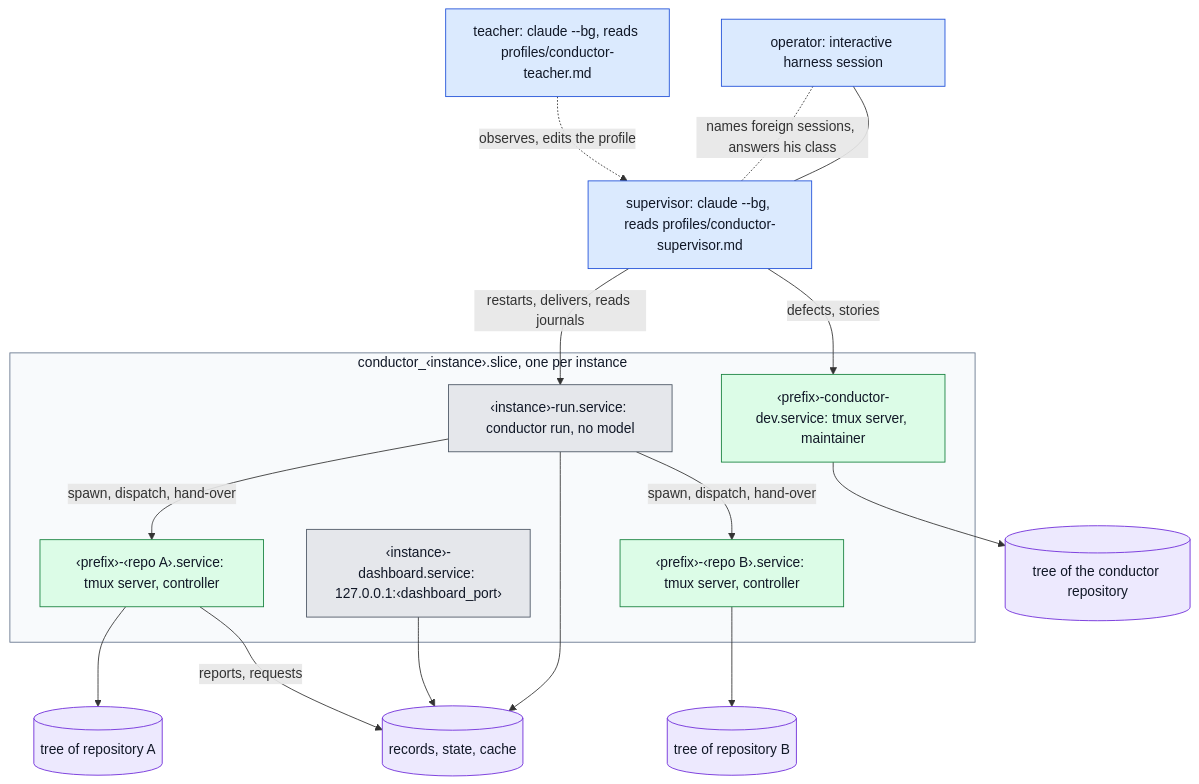
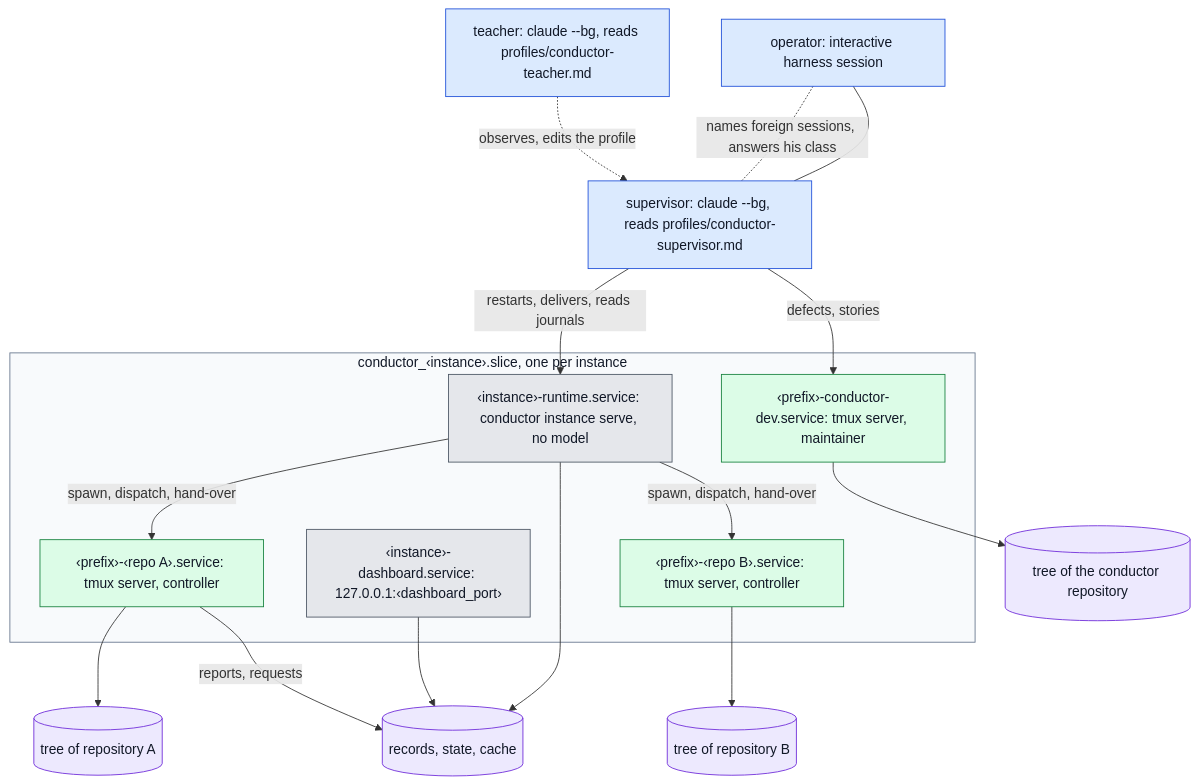
Before and after one commit to beyond10x/conductor: the first of 12 diagrams in website/docs/concepts/architecture.md, drawn with Mermaid. The commit also changed other lines of this file and 137 other files, not shown here.

````diff
--- a/website/docs/concepts/architecture.md
+++ b/website/docs/concepts/architecture.md
@@ -17,31 +17,31 @@
 ```mermaid
 flowchart TB
   classDef host fill:#dbeafe,stroke:#1d4ed8,color:#111827
   classDef model fill:#dcfce7,stroke:#15803d,color:#111827
   classDef nomodel fill:#e5e7eb,stroke:#4b5563,color:#111827
   classDef store fill:#ede9fe,stroke:#6d28d9,color:#111827
   op["operator: interactive harness session"]:::host
   sup["supervisor: claude --bg, reads profiles/conductor-supervisor.md"]:::host
   tea["teacher: claude --bg, reads profiles/conductor-teacher.md"]:::host
   op --- sup
   op -.-|names foreign sessions, answers his class| sup
   tea -.->|observes, edits the profile| sup
   subgraph slice["conductor_‹instance›.slice, one per instance"]
-    run["‹instance›-run.service: conductor run, no model"]:::nomodel
+    run["‹instance›-runtime.service: conductor instance serve, no model"]:::nomodel
     dash["‹instance›-dashboard.service: 127.0.0.1:‹dashboard_port›"]:::nomodel
     s1["‹prefix›-‹repo A›.service: tmux server, controller"]:::model
     s2["‹prefix›-‹repo B›.service: tmux server, controller"]:::model
     dev["‹prefix›-conductor-dev.service: tmux server, maintainer"]:::model
   end
   style slice fill:#f8fafc,stroke:#64748b,color:#111827
   sup -->|restarts, delivers, reads journals| run
   sup -->|defects, stories| dev
   run -->|spawn, dispatch, hand-over| s1
   run -->|spawn, dispatch, hand-over| s2
   s1 --> t1[("tree of repository A")]:::store
   s2 --> t2[("tree of repository B")]:::store
   dev --> t3[("tree of the conductor repository")]:::store
   run --> store[("records, state, cache")]:::store
   dash --> store
   s1 -->|reports, requests| store
 ```
````
